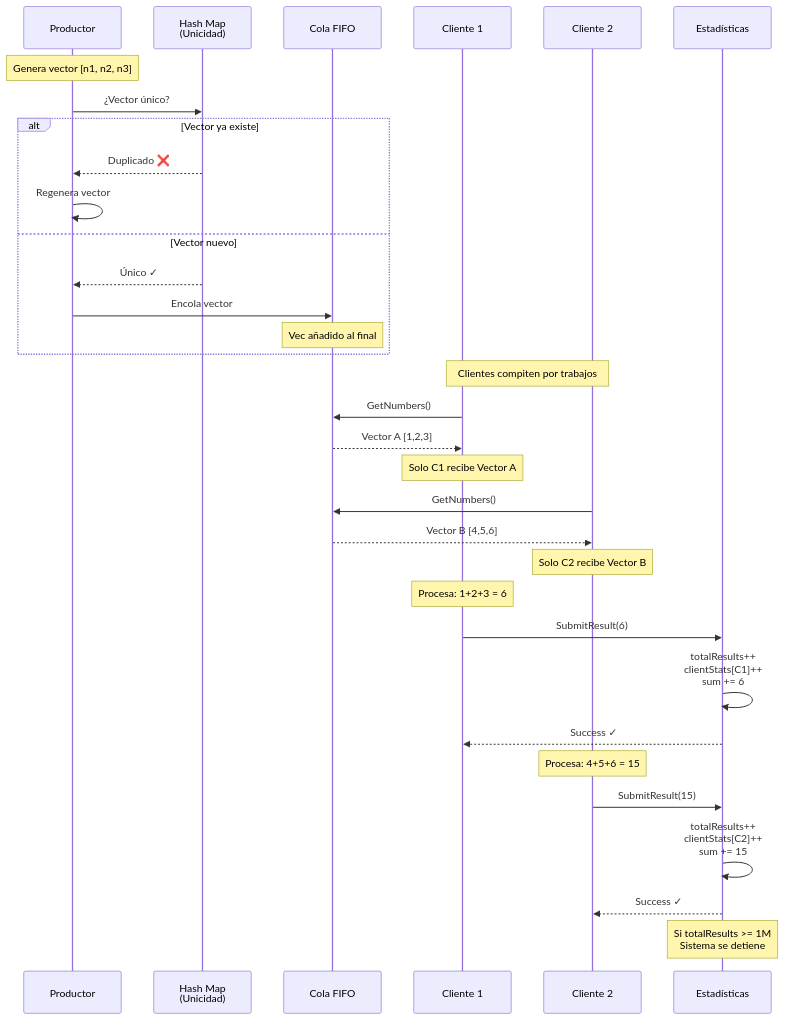
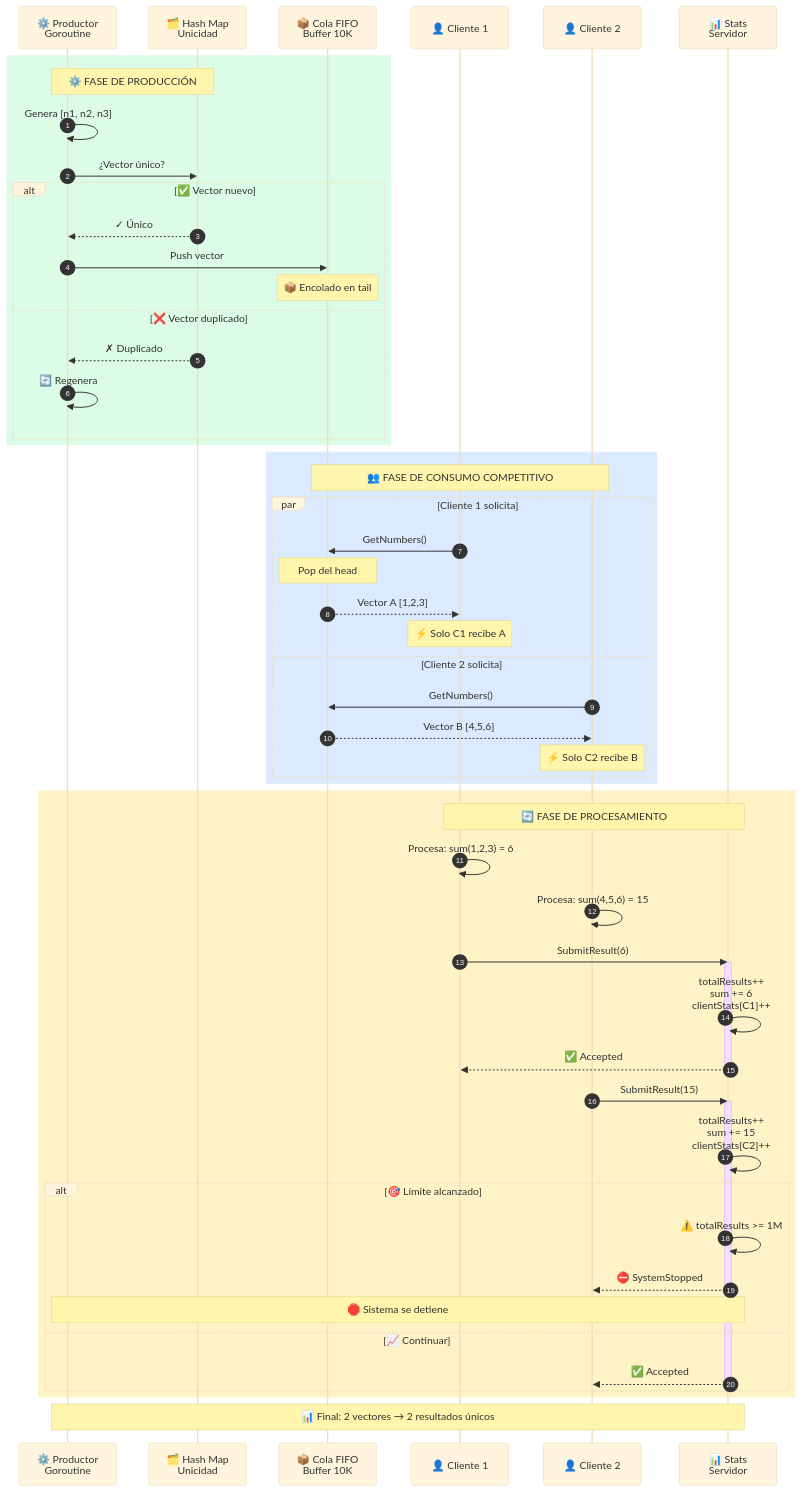
One commit to Susch12/Distribuida changed the second of 15 diagrams in pub_sus/diagrama.md. Above: the diagram before and after it, drawn with Mermaid. The commit also changed other lines of this file and 1 other file, not shown here.

````diff
--- a/pub_sus/diagrama.md
+++ b/pub_sus/diagrama.md
@@ -130,43 +93,69 @@
 ```mermaid
+%%{init: {'theme':'base', 'themeVariables': {'fontSize':'14px'}}}%%
 sequenceDiagram
-    participant Prod as Productor
-    participant Hash as Hash Map<br/>(Unicidad)
-    participant Queue as Cola FIFO
-    participant C1 as Cliente 1
-    participant C2 as Cliente 2
-    participant Stats as Estadísticas
+    autonumber
+    participant P as ⚙️ Productor<br/>Goroutine
+    participant H as 🗂️ Hash Map<br/>Unicidad
+    participant Q as 📦 Cola FIFO<br/>Buffer 10K
+    participant C1 as 👤 Cliente 1
+    participant C2 as 👤 Cliente 2
+    participant S as 📊 Stats<br/>Servidor
     
-    Note over Prod: Genera vector [n1, n2, n3]
-    Prod->>Hash: ¿Vector único?
-    
-    alt Vector ya existe
-        Hash-->>Prod: Duplicado ❌
-        Prod->>Prod: Regenera vector
-    else Vector nuevo
-        Hash-->>Prod: Único ✓
-        Prod->>Queue: Encola vector
-        Note over Queue: Vec añadido al final
+    rect rgb(220, 252, 231)
+        Note over P,H: ⚙️ FASE DE PRODUCCIÓN
+        P->>P: Genera [n1, n2, n3]
+        P->>H: ¿Vector único?
+        
+        alt ✅ Vector nuevo
+            H-->>P: ✓ Único
+            P->>Q: Push vector
+            Note over Q: 📦 Encolado en tail
+        else ❌ Vector duplicado
+            H-->>P: ✗ Duplicado
+            P->>P: 🔄 Regenera
+        end
     end
     
-    Note over C1,C2: Clientes compiten por trabajos
+    rect rgb(219, 234, 254)
+        Note over Q,C2: 👥 FASE DE CONSUMO COMPETITIVO
+        
+        par Cliente 1 solicita
+            C1->>Q: GetNumbers()
+            Note over Q: Pop del head
+            Q-->>C1: Vector A [1,2,3]
+            Note over C1: ⚡ Solo C1 recibe A
+        and Cliente 2 solicita
+            C2->>Q: GetNumbers()
+            Q-->>C2: Vector B [4,5,6]
+            Note over C2: ⚡ Solo C2 recibe B
+        end
+    end
     
-    C1->>Queue: GetNumbers()
-    Queue-->>C1: Vector A [1,2,3]
-    Note over C1: Solo C1 recibe Vector A
+    rect rgb(254, 243, 199)
+        Note over C1,S: 🔄 FASE DE PROCESAMIENTO
+        
+        C1->>C1: Procesa: sum(1,2,3) = 6
+        C2->>C2: Procesa: sum(4,5,6) = 15
+        
+        C1->>S: SubmitResult(6)
+        activate S
+        S->>S: totalResults++<br/>sum += 6<br/>clientStats[C1]++
+        S-->>C1: ✅ Accepted
+        deactivate S
+        
+        C2->>S: SubmitResult(15)
+        activate S
+        S->>S: totalResults++<br/>sum += 15<br/>clientStats[C2]++
+        
+        alt 🎯 Límite alcanzado
+            S->>S: ⚠️ totalResults >= 1M
+            S-->>C2: ⛔ SystemStopped
+            Note over P,S: 🛑 Sistema se detiene
+        else 📈 Continuar
+            S-->>C2: ✅ Accepted
+        end
+        deactivate S
+    end
     
-    C2->>Queue: GetNumbers()
-    Queue-->>C2: Vector B [4,5,6]
-    Note over C2: Solo C2 recibe Vector B
-    
-    Note over C1: Procesa: 1+2+3 = 6
-    C1->>Stats: SubmitResult(6)
-    Stats->>Stats: totalResults++<br/>clientStats[C1]++<br/>sum += 6
-    Stats-->>C1: Success ✓
-    
-    Note over C2: Procesa: 4+5+6 = 15
-    C2->>Stats: SubmitResult(15)
-    Stats->>Stats: totalResults++<br/>clientStats[C2]++<br/>sum += 15
-    Stats-->>C2: Success ✓
-    
-    Note over Stats: Si totalResults >= 1M<br/>Sistema se detiene
+    Note over P,S: 📊 Final: 2 vectores → 2 resultados únicos
 ```
````
